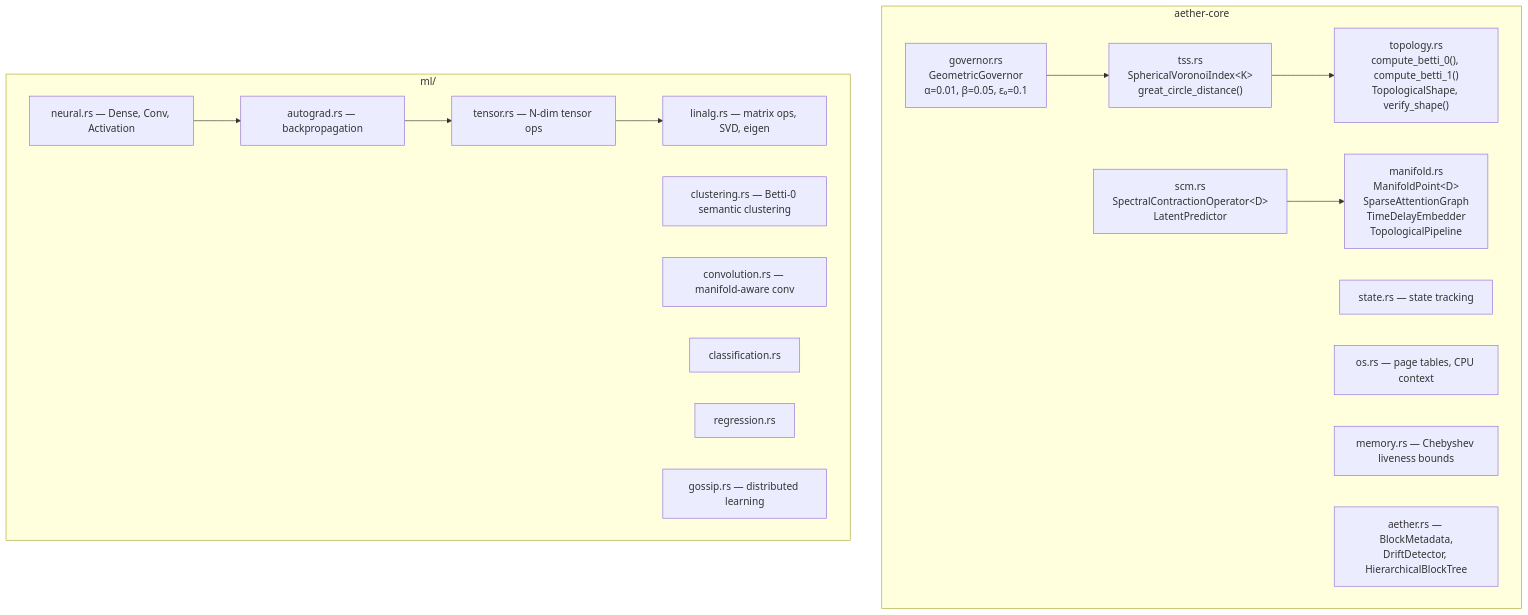
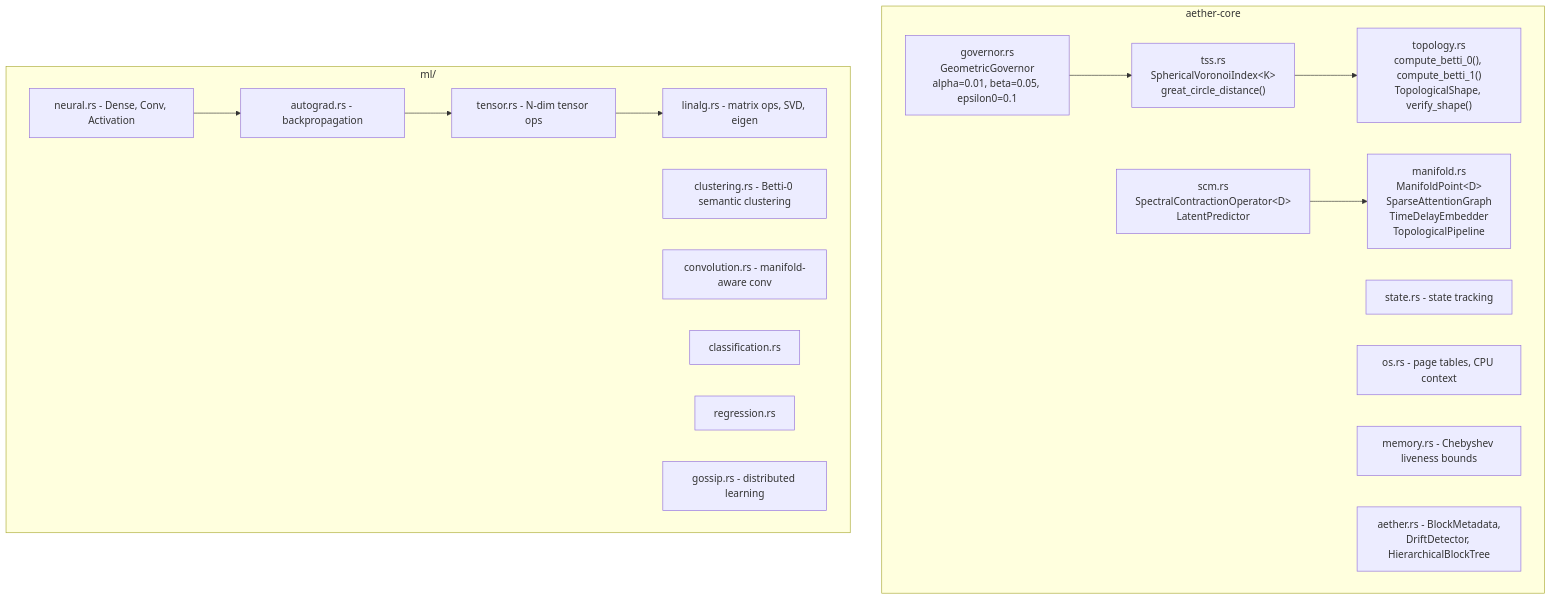
One commit to teerthsharma/Epsilon-Hollow changed diagram 12 of 12 in README.md. Above: the diagram before and after it, drawn with Mermaid. The commit also changed other lines of this file and 55 other files, not shown here.

````diff
--- a/README.md
+++ b/README.md
@@ -2188,33 +2202,33 @@
 ```mermaid
 graph TD
     subgraph SG57["aether-core"]
         TSS["tss.rs<br/>SphericalVoronoiIndex&lt;K&gt;<br/>great_circle_distance()"]
         SCM["scm.rs<br/>SpectralContractionOperator&lt;D&gt;<br/>LatentPredictor"]
         TOPO["topology.rs<br/>compute_betti_0(), compute_betti_1()<br/>TopologicalShape, verify_shape()"]
-        GOV["governor.rs<br/>GeometricGovernor<br/>α=0.01, β=0.05, ε₀=0.1"]
+        GOV["governor.rs<br/>GeometricGovernor<br/>alpha=0.01, beta=0.05, epsilon0=0.1"]
         MAN["manifold.rs<br/>ManifoldPoint&lt;D&gt;<br/>SparseAttentionGraph<br/>TimeDelayEmbedder<br/>TopologicalPipeline"]
-        STATE["state.rs — state tracking"]
-        OS["os.rs — page tables, CPU context"]
-        MEM["memory.rs — Chebyshev liveness bounds"]
-        AETHER["aether.rs — BlockMetadata,<br/>DriftDetector, HierarchicalBlockTree"]
+        STATE["state.rs - state tracking"]
+        OS["os.rs - page tables, CPU context"]
+        MEM["memory.rs - Chebyshev liveness bounds"]
+        AETHER["aether.rs - BlockMetadata,<br/>DriftDetector, HierarchicalBlockTree"]
     end
 
     subgraph SG58["ml/"]
-        TENSOR["tensor.rs — N-dim tensor ops"]
-        AUTOGRAD["autograd.rs — backpropagation"]
-        NEURAL["neural.rs — Dense, Conv, Activation"]
-        CLUSTER["clustering.rs — Betti-0 semantic clustering"]
-        LINALG["linalg.rs — matrix ops, SVD, eigen"]
-        CONV["convolution.rs — manifold-aware conv"]
+        TENSOR["tensor.rs - N-dim tensor ops"]
+        AUTOGRAD["autograd.rs - backpropagation"]
+        NEURAL["neural.rs - Dense, Conv, Activation"]
+        CLUSTER["clustering.rs - Betti-0 semantic clustering"]
+        LINALG["linalg.rs - matrix ops, SVD, eigen"]
+        CONV["convolution.rs - manifold-aware conv"]
         CLASS["classification.rs"]
         REG["regression.rs"]
-        GOSSIP["gossip.rs — distributed learning"]
+        GOSSIP["gossip.rs - distributed learning"]
     end
 
     TSS --> TOPO
     SCM --> MAN
     GOV --> TSS
     TENSOR --> LINALG
     AUTOGRAD --> TENSOR
     NEURAL --> AUTOGRAD
 ```
````
